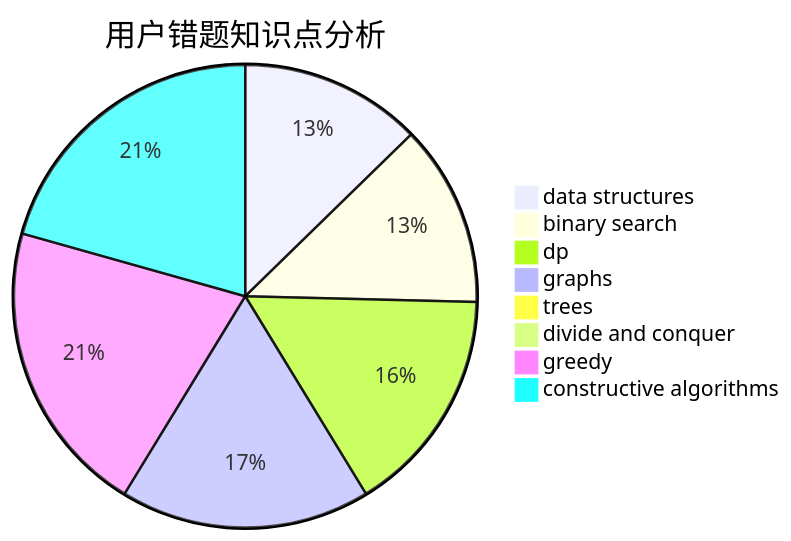
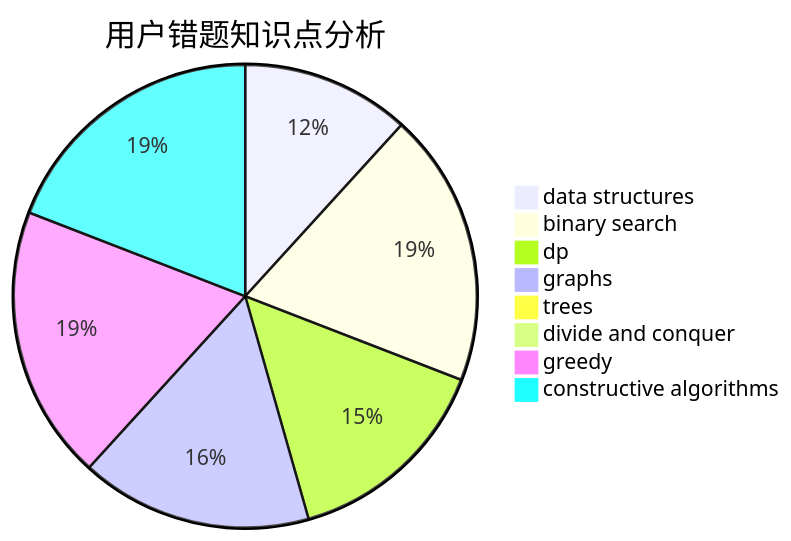
One commit to sherpahu/cfrs.github.io changed the third of 3 diagrams in docs/user/u624.md. Above: the diagram before and after it, drawn with Mermaid. The commit also changed other lines of this file and 2770 other files, not shown here.

````diff
--- a/docs/user/u624.md
+++ b/docs/user/u624.md
@@ -36,11 +36,11 @@
 ```mermaid
 pie title 用户错题知识点分析
     "data structures" :  8
-    "binary search" :  8
+    "binary search" :  13
     "dp" :  10
     "graphs" :  11
     "trees" :  0
     "divide and conquer" :  0
     "greedy" :  13
     "constructive algorithms" :  13
 ```
````
